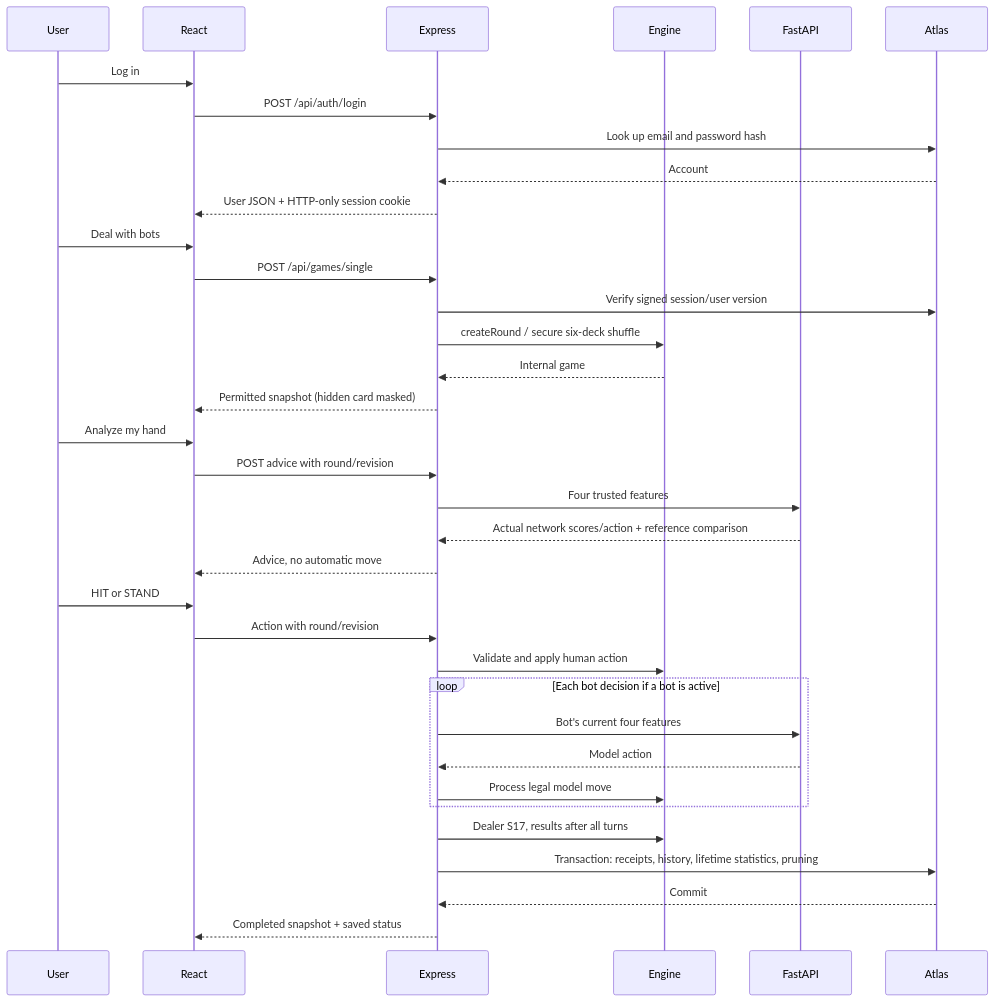
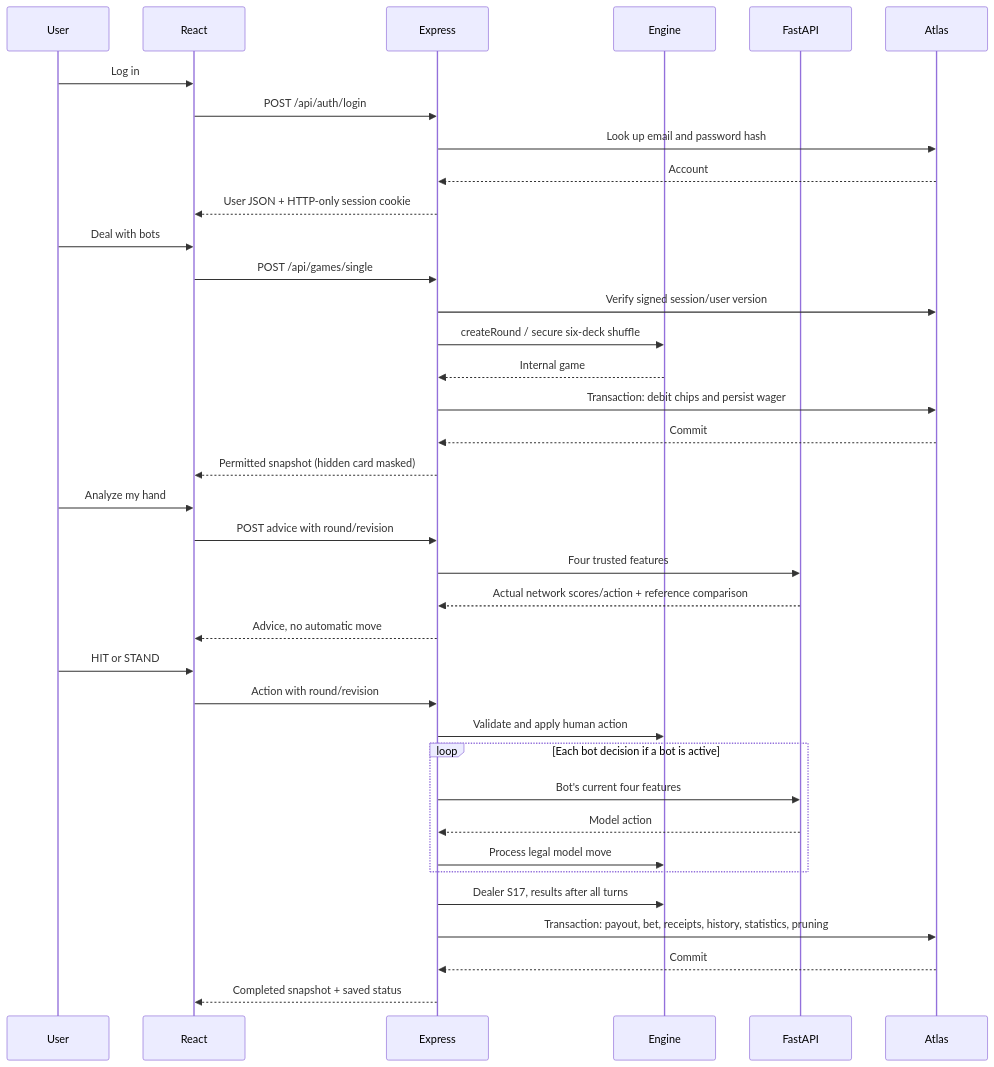
One commit to u6715032/Blackjack_Arena changed the diagram in docs/learning-guide/09-full-system-flow.md. Above: the diagram before and after it, drawn with Mermaid. The commit also changed other lines of this file and 29 other files, not shown here.

````diff
--- a/docs/learning-guide/09-full-system-flow.md
+++ b/docs/learning-guide/09-full-system-flow.md
@@ -6,37 +13,39 @@
 ```mermaid
 sequenceDiagram
     participant User
     participant React
     participant Express
     participant Engine
     participant FastAPI
     participant Atlas
     User->>React: Log in
     React->>Express: POST /api/auth/login
     Express->>Atlas: Look up email and password hash
     Atlas-->>Express: Account
     Express-->>React: User JSON + HTTP-only session cookie
     User->>React: Deal with bots
     React->>Express: POST /api/games/single
     Express->>Atlas: Verify signed session/user version
     Express->>Engine: createRound / secure six-deck shuffle
     Engine-->>Express: Internal game
+    Express->>Atlas: Transaction: debit chips and persist wager
+    Atlas-->>Express: Commit
     Express-->>React: Permitted snapshot (hidden card masked)
     User->>React: Analyze my hand
     React->>Express: POST advice with round/revision
     Express->>FastAPI: Four trusted features
     FastAPI-->>Express: Actual network scores/action + reference comparison
     Express-->>React: Advice, no automatic move
     User->>React: HIT or STAND
     React->>Express: Action with round/revision
     Express->>Engine: Validate and apply human action
     loop Each bot decision if a bot is active
         Express->>FastAPI: Bot's current four features
         FastAPI-->>Express: Model action
         Express->>Engine: Process legal model move
     end
     Express->>Engine: Dealer S17, results after all turns
-    Express->>Atlas: Transaction: receipts, history, lifetime statistics, pruning
+    Express->>Atlas: Transaction: payout, bet, receipts, history, statistics, pruning
     Atlas-->>Express: Commit
     Express-->>React: Completed snapshot + saved status
 ```
````
